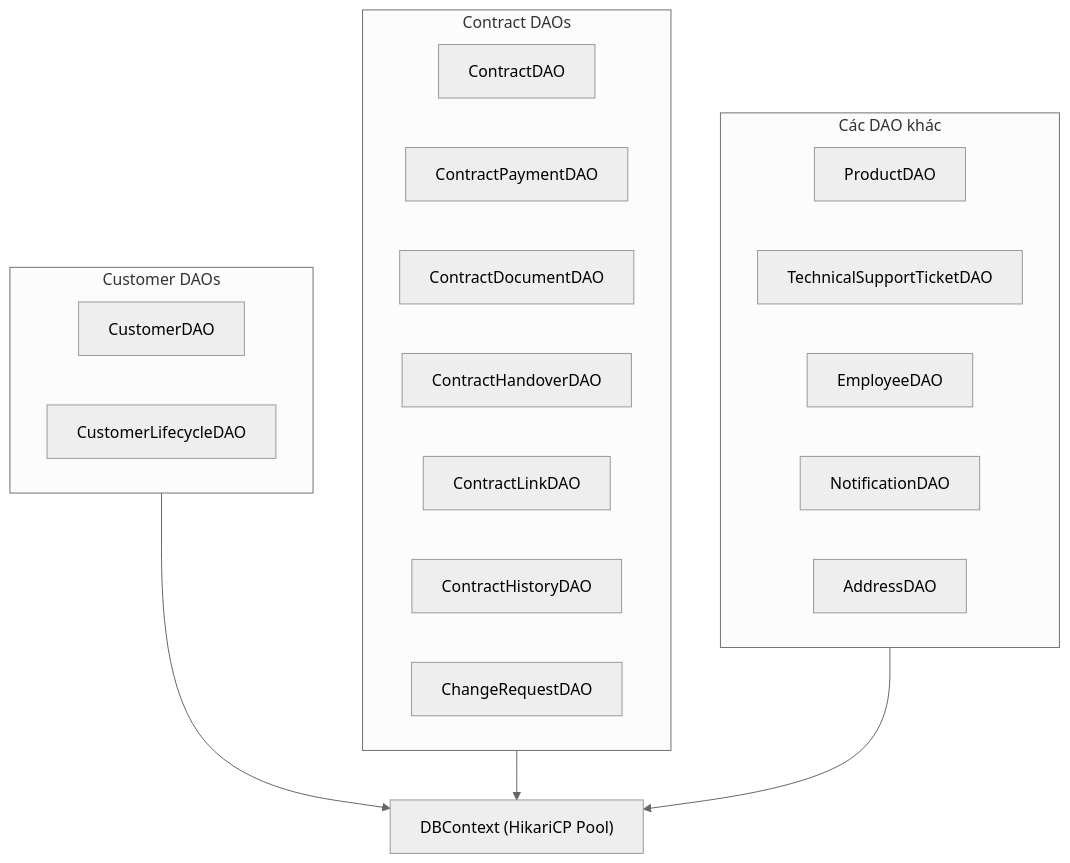
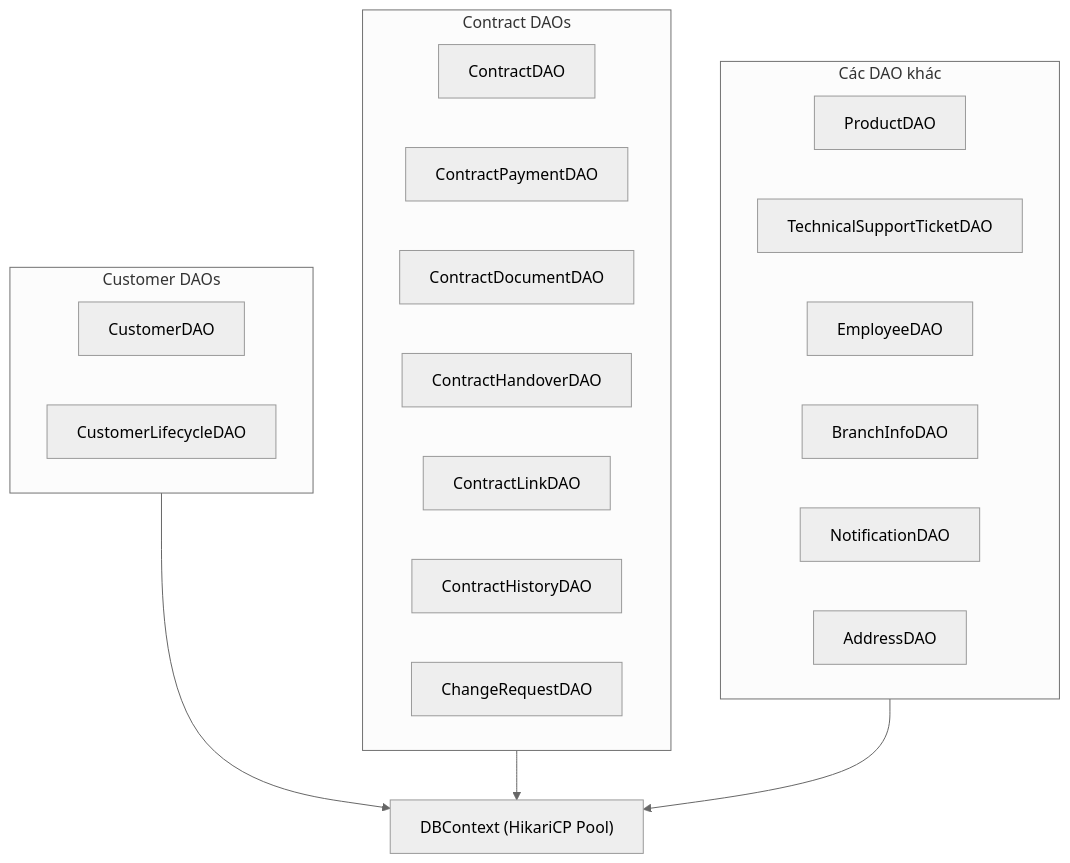
The fourth of 4 diagrams in docs/ARCHITECTURE.md (Bunky2k3/POSCS), drawn with Mermaid (neutral theme) before and after one commit. The commit also changed other lines of this file and 11 other files, not shown here.

````diff
--- a/docs/ARCHITECTURE.md
+++ b/docs/ARCHITECTURE.md
@@ -183,28 +187,29 @@
 ```mermaid
 flowchart TB
     DBContext["DBContext (HikariCP Pool)"]
     subgraph CustomerDAOs ["Customer DAOs"]
         CustomerDAO["CustomerDAO"]
         CustomerLifecycleDAO["CustomerLifecycleDAO"]
     end
     subgraph ContractDAOs ["Contract DAOs"]
         ContractDAO["ContractDAO"]
         ContractPaymentDAO["ContractPaymentDAO"]
         ContractDocumentDAO["ContractDocumentDAO"]
         ContractHandoverDAO["ContractHandoverDAO"]
         ContractLinkDAO["ContractLinkDAO"]
         ContractHistoryDAO["ContractHistoryDAO"]
         ChangeRequestDAO["ChangeRequestDAO"]
     end
     subgraph OtherDAOs ["Các DAO khác"]
         ProductDAO["ProductDAO"]
         TicketDAO["TechnicalSupportTicketDAO"]
         EmployeeDAO["EmployeeDAO"]
+        BranchInfoDAO["BranchInfoDAO"]
         NotificationDAO["NotificationDAO"]
         AddressDAO["AddressDAO"]
     end
 
     CustomerDAOs --> DBContext
     ContractDAOs --> DBContext
     OtherDAOs --> DBContext
 ```
````
